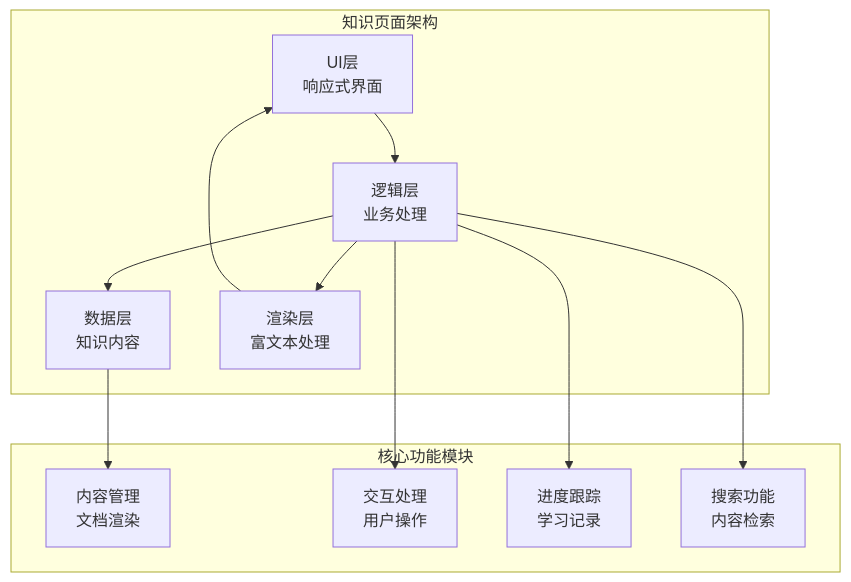
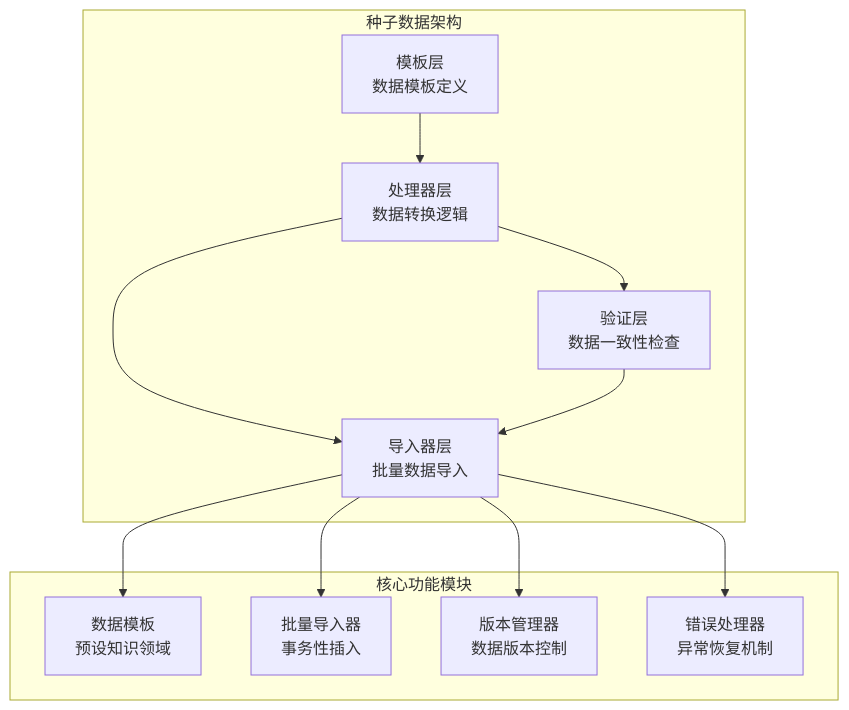
Before and after one commit to cwb7756/bio: the third of 4 diagrams in .qoder/repowiki/zh/content/核心功能模块/知识图谱系统/知识图谱系统.md, drawn with Mermaid. The commit also changed other lines of this file and 35 other files, not shown here.

````diff
--- a/.qoder/repowiki/zh/content/核心功能模块/知识图谱系统/知识图谱系统.md
+++ b/.qoder/repowiki/zh/content/核心功能模块/知识图谱系统/知识图谱系统.md
@@ -280,23 +315,23 @@
 ```mermaid
 graph TD
-subgraph "知识页面架构"
-UI_LAYER["UI层<br/>响应式界面"]
-LOGIC_LAYER["逻辑层<br/>业务处理"]
-DATA_LAYER["数据层<br/>知识内容"]
-RENDER_LAYER["渲染层<br/>富文本处理"]
-UI_LAYER --> LOGIC_LAYER
-LOGIC_LAYER --> DATA_LAYER
-LOGIC_LAYER --> RENDER_LAYER
-RENDER_LAYER --> UI_LAYER
+subgraph "种子数据架构"
+TEMPLATE_LAYER["模板层<br/>数据模板定义"]
+PROCESSOR_LAYER["处理器层<br/>数据转换逻辑"]
+IMPORTER_LAYER["导入器层<br/>批量数据导入"]
+VALIDATION_LAYER["验证层<br/>数据一致性检查"]
+TEMPLATE_LAYER --> PROCESSOR_LAYER
+PROCESSOR_LAYER --> IMPORTER_LAYER
+PROCESSOR_LAYER --> VALIDATION_LAYER
+VALIDATION_LAYER --> IMPORTER_LAYER
 end
 subgraph "核心功能模块"
-CONTENT_MODULE["内容管理<br/>文档渲染"]
-INTERACTION_MODULE["交互处理<br/>用户操作"]
-PROGRESS_MODULE["进度跟踪<br/>学习记录"]
-SEARCH_MODULE["搜索功能<br/>内容检索"]
+DATA_TEMPLATE["数据模板<br/>预设知识领域"]
+BATCH_IMPORTER["批量导入器<br/>事务性插入"]
+VERSION_MANAGER["版本管理器<br/>数据版本控制"]
+ERROR_HANDLER["错误处理器<br/>异常恢复机制"]
 end
-DATA_LAYER --> CONTENT_MODULE
-LOGIC_LAYER --> INTERACTION_MODULE
-LOGIC_LAYER --> PROGRESS_MODULE
-LOGIC_LAYER --> SEARCH_MODULE
+IMPORTER_LAYER --> DATA_TEMPLATE
+IMPORTER_LAYER --> BATCH_IMPORTER
+IMPORTER_LAYER --> VERSION_MANAGER
+IMPORTER_LAYER --> ERROR_HANDLER
 ```
````
